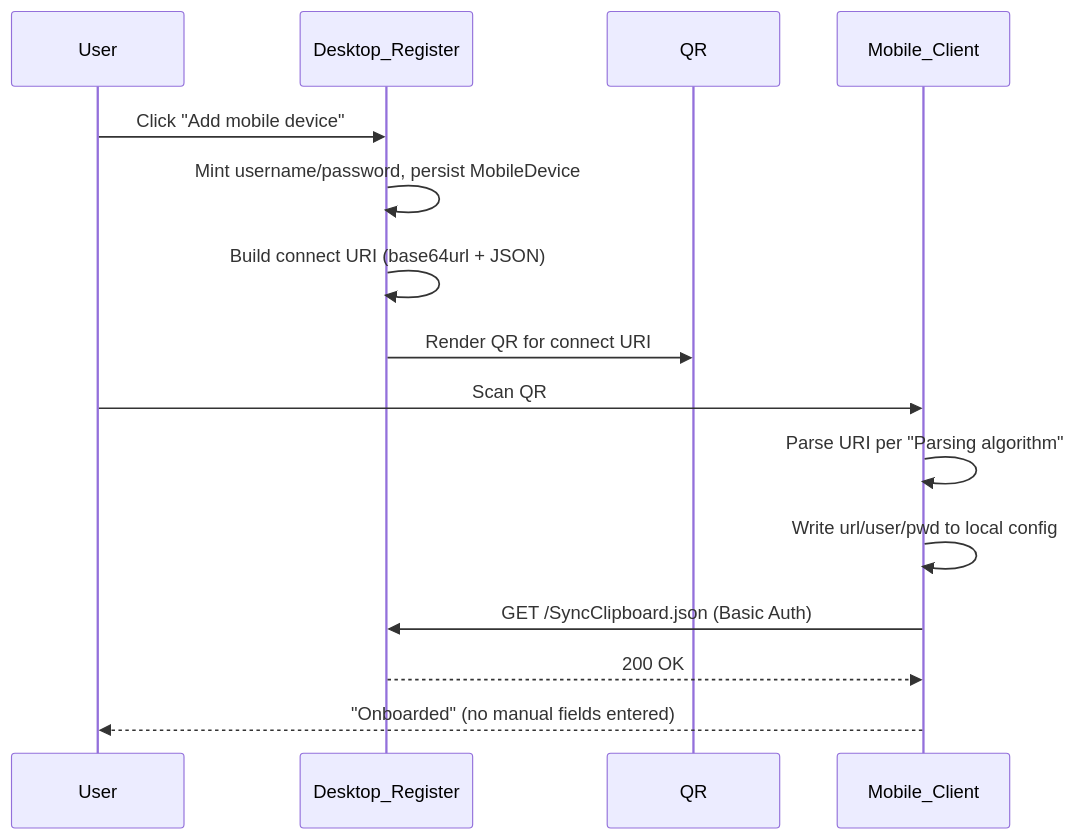
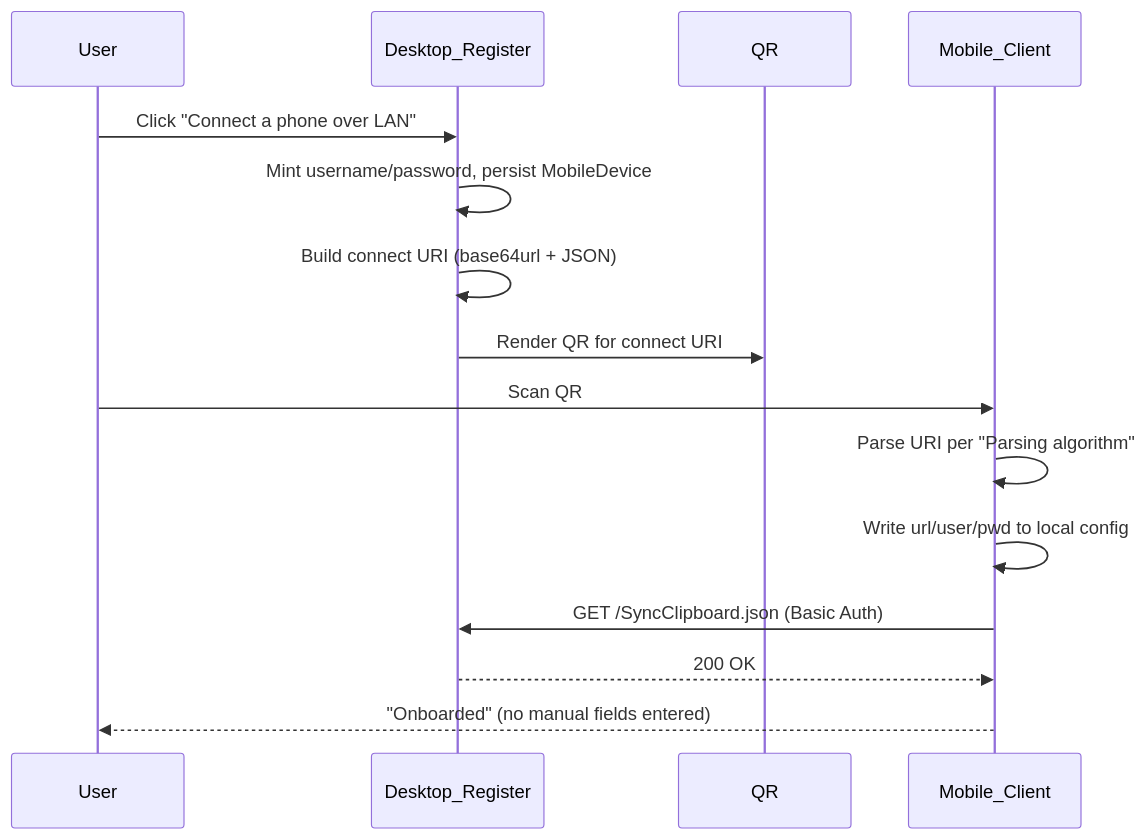
Before and after one commit to UniClipboard/UniClipboard: the second of 2 diagrams in docs-site/content/docs/en/reference/mobile-connect-uri.mdx, drawn with Mermaid. The commit also changed 5 other files, not shown here.

````diff
--- a/docs-site/content/docs/en/reference/mobile-connect-uri.mdx
+++ b/docs-site/content/docs/en/reference/mobile-connect-uri.mdx
@@ -303,18 +303,18 @@
 ```mermaid
 sequenceDiagram
   participant User
   participant Desktop as Desktop_Register
   participant QR
   participant Mobile as Mobile_Client
 
-  User->>Desktop: Click "Add mobile device"
+  User->>Desktop: Click "Connect a phone over LAN"
   Desktop->>Desktop: Mint username/password, persist MobileDevice
   Desktop->>Desktop: Build connect URI (base64url + JSON)
   Desktop->>QR: Render QR for connect URI
   User->>Mobile: Scan QR
   Mobile->>Mobile: Parse URI per "Parsing algorithm"
   Mobile->>Mobile: Write url/user/pwd to local config
   Mobile->>Desktop: GET /SyncClipboard.json (Basic Auth)
   Desktop-->>Mobile: 200 OK
   Mobile-->>User: "Onboarded" (no manual fields entered)
 ```
````
